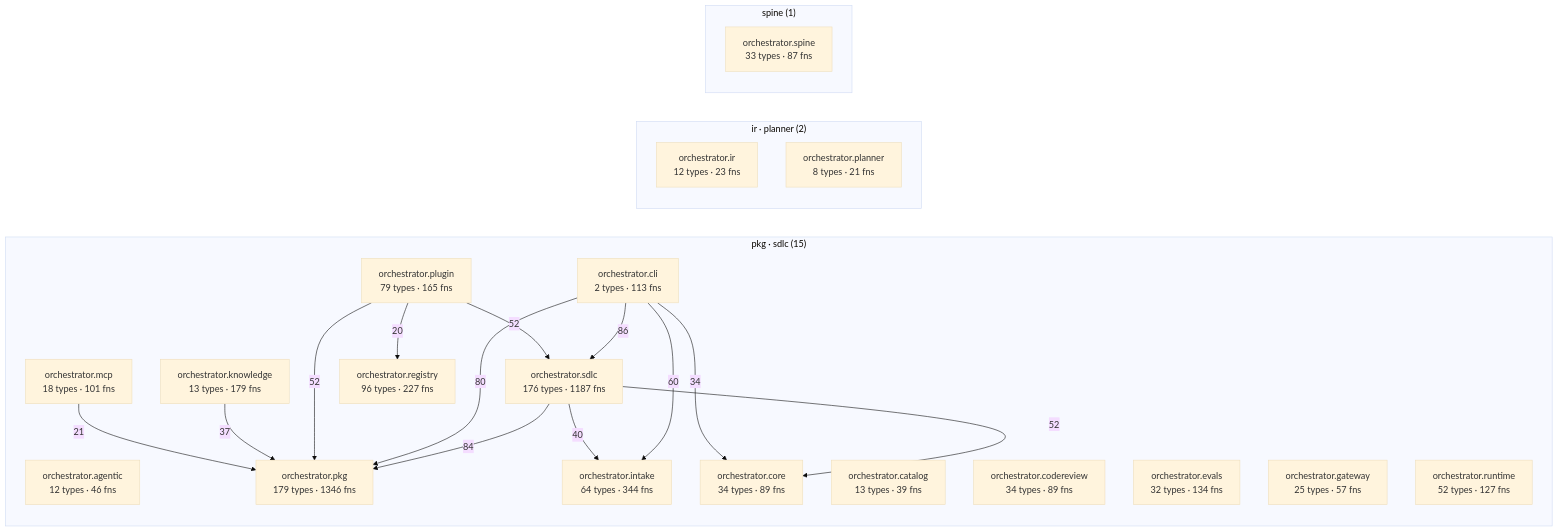
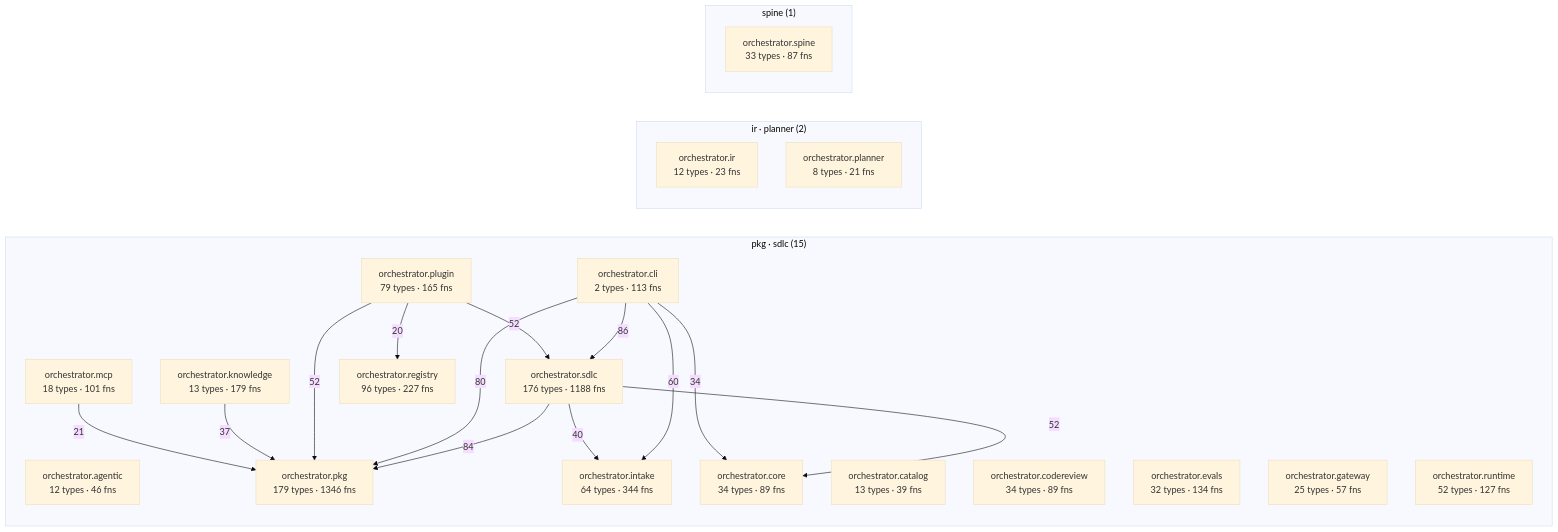
One commit to synaptixs/spine changed the diagram in episteme/architecture.md. Above: the diagram before and after it, drawn with Mermaid (base theme). The commit also changed other lines of this file and 17 other files, not shown here.

````diff
--- a/episteme/architecture.md
+++ b/episteme/architecture.md
@@ -56,39 +56,39 @@
 ```mermaid
 flowchart LR
   subgraph c_2["pkg · sdlc (15)"]
     aorchestratoragentic["orchestrator.agentic<br/>12 types · 46 fns"]
     aorchestratorcatalog["orchestrator.catalog<br/>13 types · 39 fns"]
     aorchestratorcli["orchestrator.cli<br/>2 types · 113 fns"]
     aorchestratorcodereview["orchestrator.codereview<br/>34 types · 89 fns"]
     aorchestratorcore["orchestrator.core<br/>34 types · 89 fns"]
     aorchestratorevals["orchestrator.evals<br/>32 types · 134 fns"]
     aorchestratorgateway["orchestrator.gateway<br/>25 types · 57 fns"]
     aorchestratorintake["orchestrator.intake<br/>64 types · 344 fns"]
     aorchestratorknowledge["orchestrator.knowledge<br/>13 types · 179 fns"]
     aorchestratormcp["orchestrator.mcp<br/>18 types · 101 fns"]
     aorchestratorpkg["orchestrator.pkg<br/>179 types · 1346 fns"]
     aorchestratorplugin["orchestrator.plugin<br/>79 types · 165 fns"]
     aorchestratorregistry["orchestrator.registry<br/>96 types · 227 fns"]
     aorchestratorruntime["orchestrator.runtime<br/>52 types · 127 fns"]
-    aorchestratorsdlc["orchestrator.sdlc<br/>176 types · 1187 fns"]
+    aorchestratorsdlc["orchestrator.sdlc<br/>176 types · 1188 fns"]
   end
   subgraph c_5["ir · planner (2)"]
     aorchestratorir["orchestrator.ir<br/>12 types · 23 fns"]
     aorchestratorplanner["orchestrator.planner<br/>8 types · 21 fns"]
   end
   subgraph c_10["spine (1)"]
     aorchestratorspine["orchestrator.spine<br/>33 types · 87 fns"]
   end
   aorchestratorcli -->|86| aorchestratorsdlc
   aorchestratorsdlc -->|84| aorchestratorpkg
   aorchestratorcli -->|80| aorchestratorpkg
   aorchestratorcli -->|60| aorchestratorintake
   aorchestratorplugin -->|52| aorchestratorpkg
   aorchestratorplugin -->|52| aorchestratorsdlc
   aorchestratorsdlc -->|52| aorchestratorcore
   aorchestratorsdlc -->|40| aorchestratorintake
   aorchestratorknowledge -->|37| aorchestratorpkg
   aorchestratorcli -->|34| aorchestratorcore
   aorchestratormcp -->|21| aorchestratorpkg
   aorchestratorplugin -->|20| aorchestratorregistry
 ```
````
